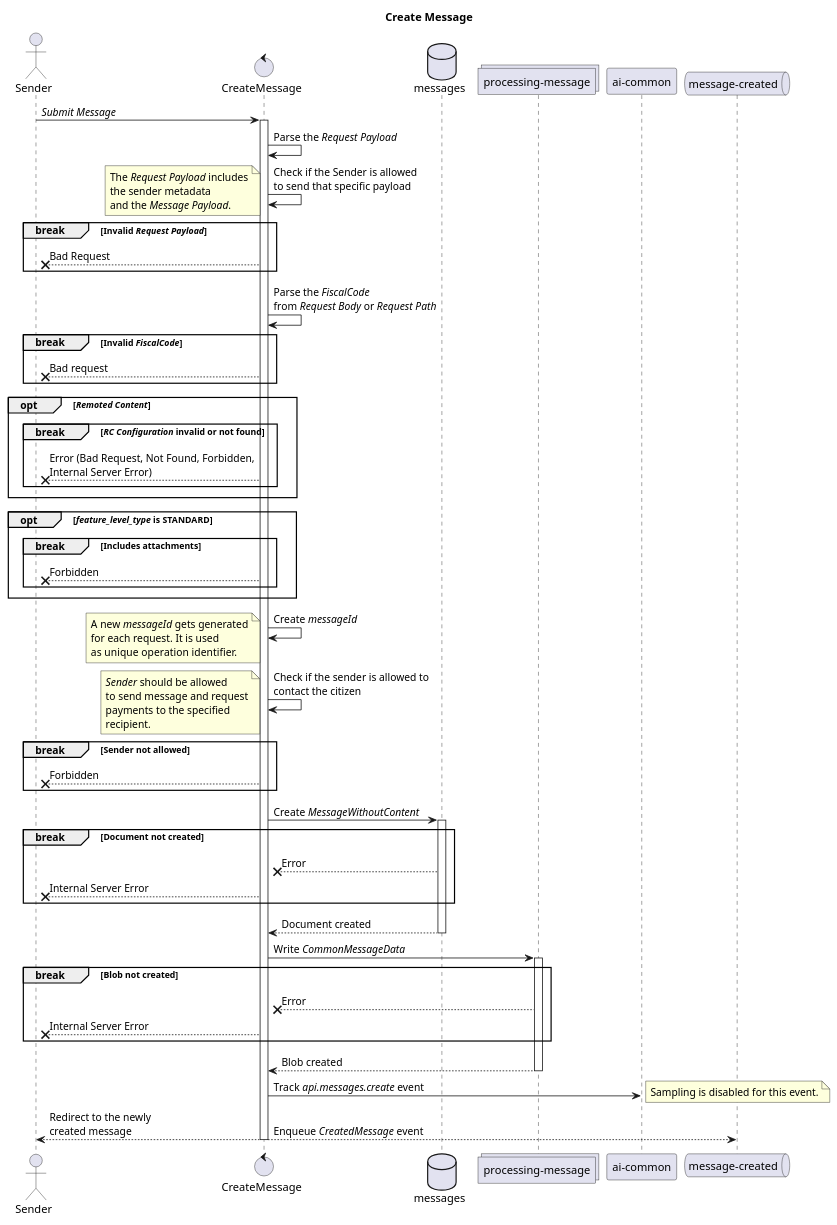
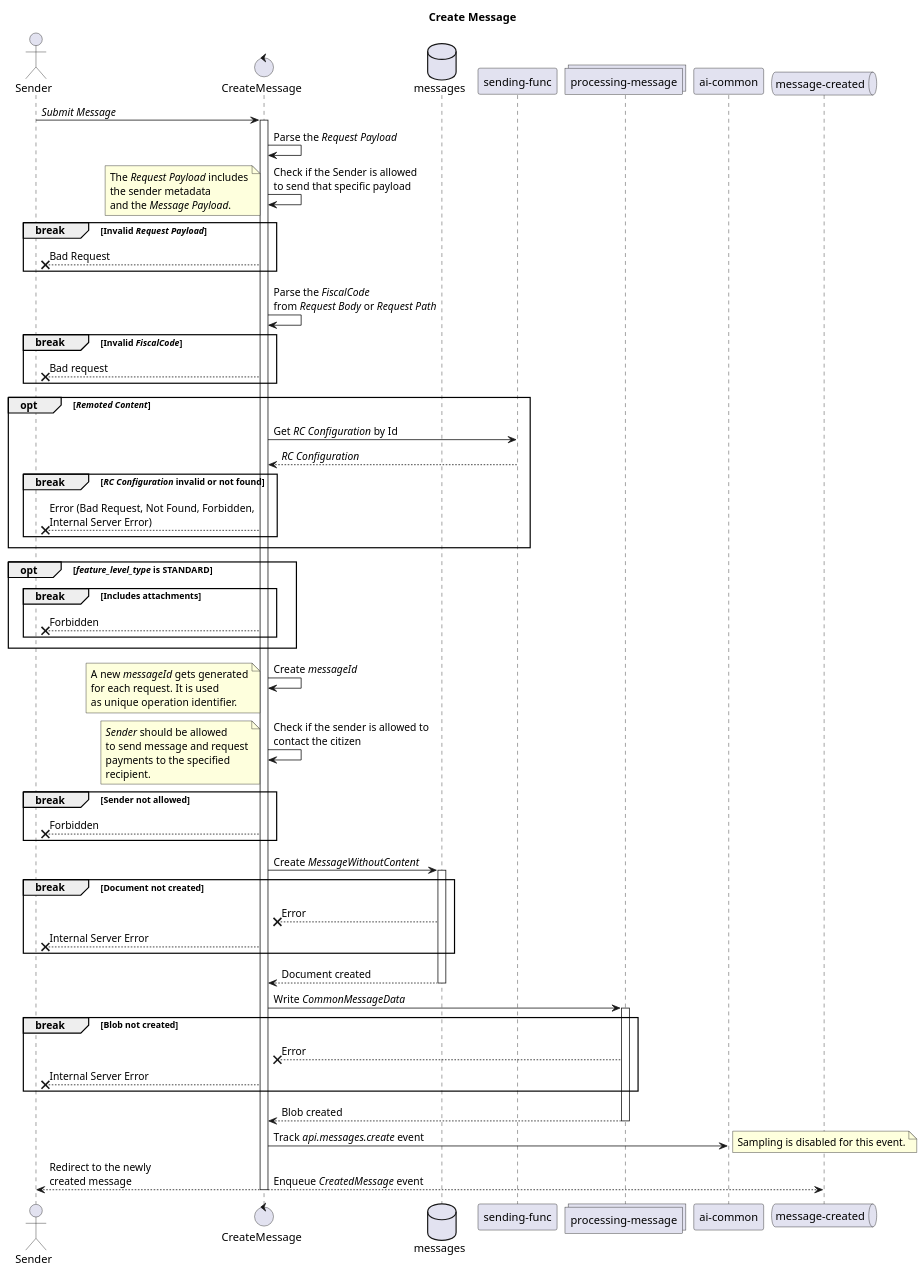
Before and after one commit to pagopa/io-messages: the diagram in docs/CreateMessage/create-message.plantuml, drawn with PlantUML.

```diff
--- a/docs/CreateMessage/create-message.plantuml
+++ b/docs/CreateMessage/create-message.plantuml
@@ -1,93 +1,98 @@
 @startuml create-message
 !pragma teoz true
 
 title Create Message
 
 actor sender as "Sender"
 control fn as "CreateMessage"
 database db as "messages"
+participant sendingfn as "sending-func"
 collections st as "processing-message"
 participant ai as "ai-common"
 queue q as "message-created"
 
 sender -> fn ++: //Submit Message//
 
 fn -> fn: Parse the //Request Payload//
 
 fn -> fn: Check if the Sender is allowed\nto send that specific payload
 
 note left
 The //Request Payload// includes
 the sender metadata
 and the //Message Payload//.
 end note
 
 break Invalid //Request Payload//
   fn --x sender: Bad Request
 end
 
 fn -> fn: Parse the //FiscalCode// \nfrom //Request Body// or //Request Path//
 
 break Invalid //FiscalCode//
   fn --x sender: Bad request
 end
 
 opt //Remoted Content//
+
+  fn -> sendingfn: Get //RC Configuration// by Id
+  sendingfn --> fn: //RC Configuration//
+
   break //RC Configuration// invalid or not found
     fn --x sender: Error (Bad Request, Not Found, Forbidden,\nInternal Server Error)
   end
 end
 
 opt //feature_level_type// is STANDARD
   break Includes attachments
     fn --x sender: Forbidden
   end
 end
 
 fn -> fn: Create //messageId//
 
 note left
 A new //messageId// gets generated
 for each request. It is used
 as unique operation identifier.
 end note
 
 fn -> fn: Check if the sender is allowed to\ncontact the citizen
 
 note left
 //Sender// should be allowed
 to send message and request
 payments to the specified
 recipient.
 end note
 
 break Sender not allowed
   fn --x sender: Forbidden
 end
 
 fn -> db ++: Create //MessageWithoutContent//
 
 break Document not created
   db --x fn: Error
   fn --x sender: Internal Server Error
 end
 
 db --> fn --: Document created
 
 fn -> st ++: Write //CommonMessageData//
 
 break Blob not created
   st --x fn: Error
   fn --x sender: Internal Server Error
 end
 
 st --> fn --: Blob created
 
 fn -> ai: Track //api.messages.create// event
 
 note right: Sampling is disabled for this event.
 
 fn --> sender: Redirect to the newly\ncreated message
 & fn --> q --: Enqueue //CreatedMessage// event
 
 @enduml
```
